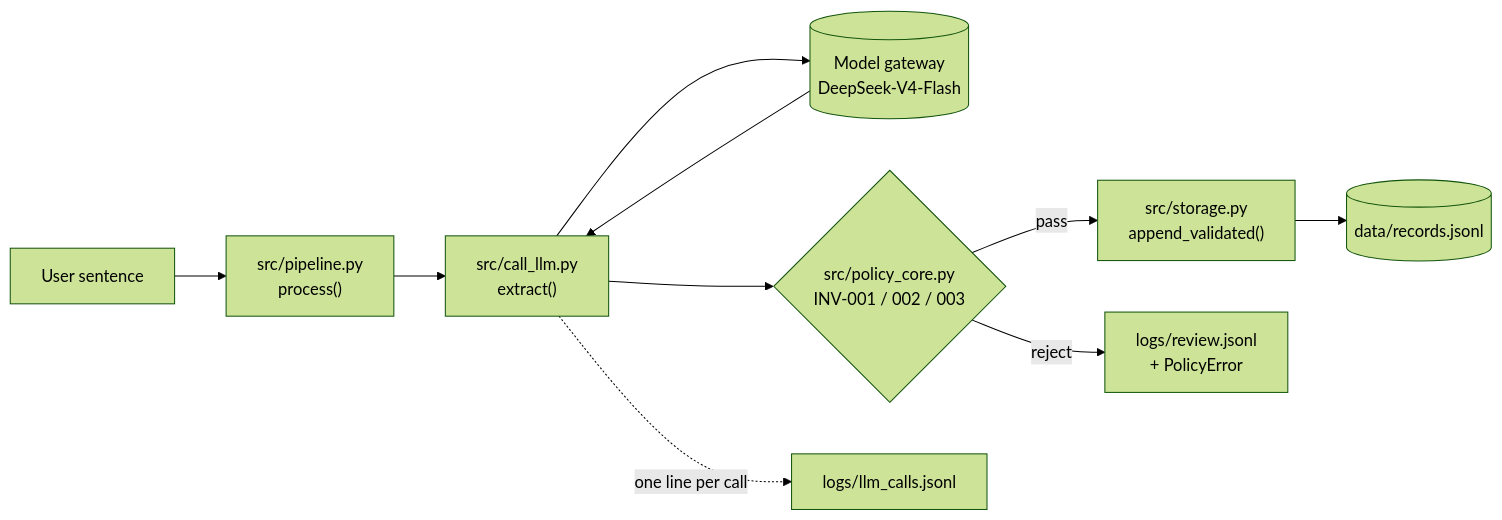
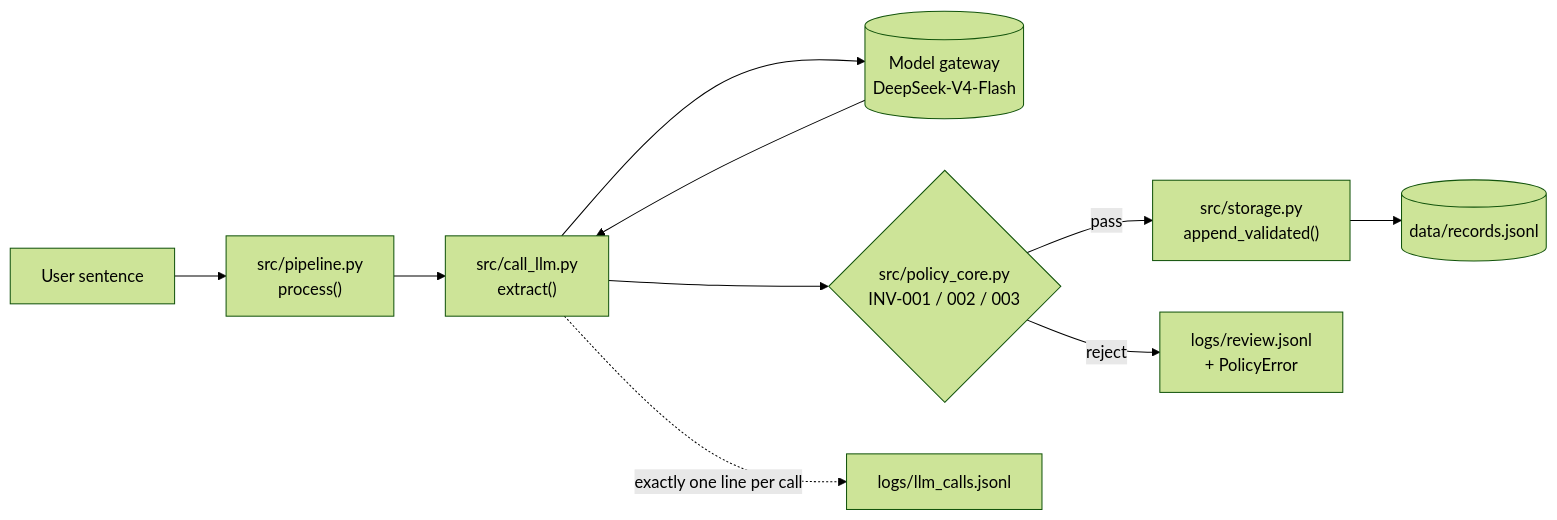
One commit to Felix-Free/AI-Finance-Assistant changed the first of 2 diagrams in Report.md. Above: the diagram before and after it, drawn with Mermaid (forest theme). The commit also changed other lines of this file and 1 other file, not shown here.

````diff
--- a/Report.md
+++ b/Report.md
@@ -68,12 +74,12 @@
 ```mermaid
 flowchart LR
     U["User sentence"] --> P["src/pipeline.py<br/>process()"]
     P --> L["src/call_llm.py<br/>extract()"]
     L --> M[("Model gateway<br/>DeepSeek-V4-Flash")]
     M --> L
     L --> V{"src/policy_core.py<br/>INV-001 / 002 / 003"}
     V -- pass --> S["src/storage.py<br/>append_validated()"]
     V -- reject --> R["logs/review.jsonl<br/>+ PolicyError"]
     S --> D[("data/records.jsonl")]
-    L -. "one line per call" .-> C["logs/llm_calls.jsonl"]
+    L -. "exactly one line per call" .-> C["logs/llm_calls.jsonl"]
 ```
````
